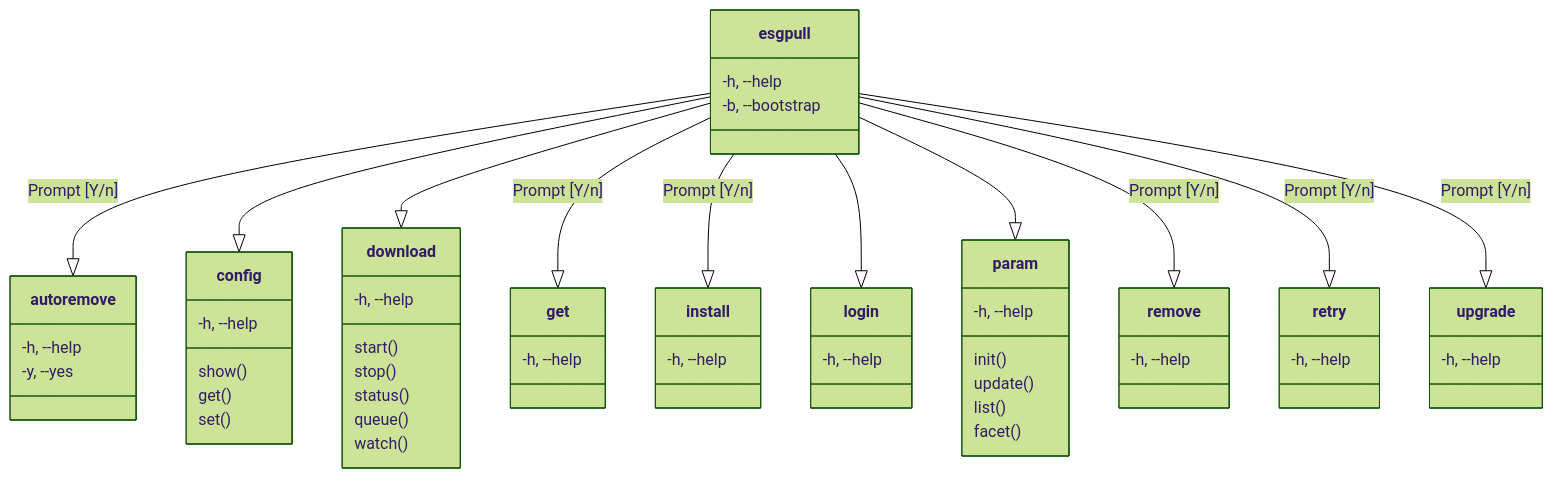
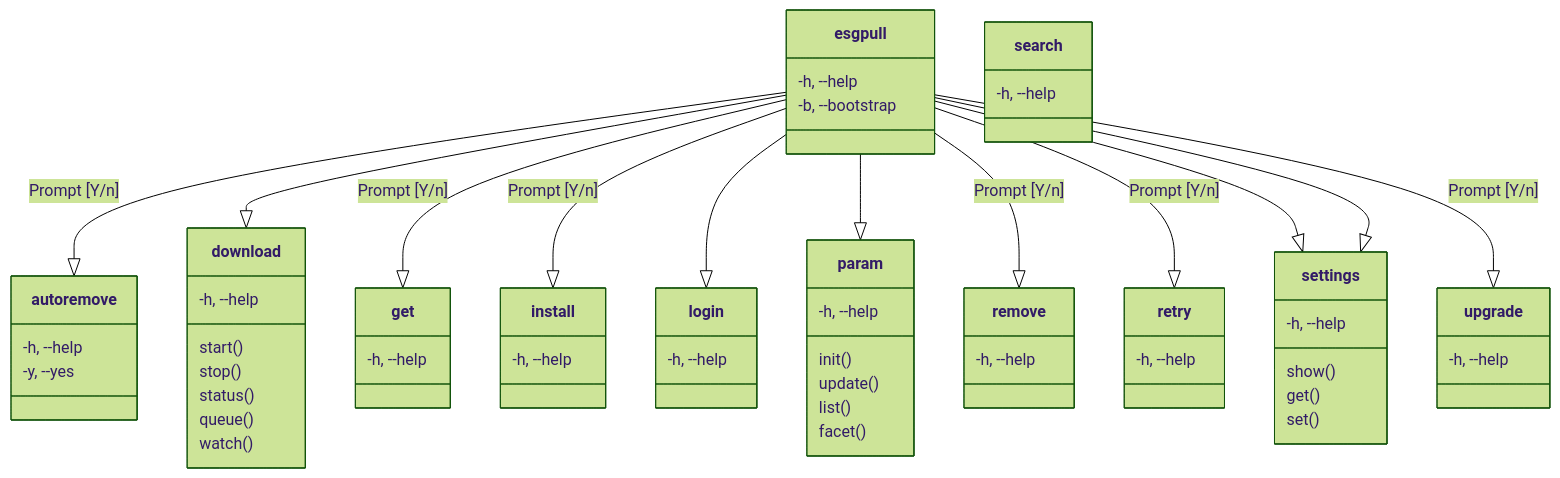
The diagram in README.md (ESGF/esgf-download), drawn with Mermaid (forest theme) before and after one commit. The commit also changed other lines of this file and 11 other files, not shown here.

First line of the commit message:
add settings.py, cli: config -> settings, better download

````diff
--- a/README.md
+++ b/README.md
@@ -48,70 +48,75 @@
 ```mermaid
 classDiagram
   class esgpull {
     -h, --help
     -b, --bootstrap
   }
 
   class autoremove {
     -h, --help
     -y, --yes
   }
   esgpull --|> autoremove: Prompt [Y/n]
   
-  class config {
-    -h, --help
-    show()
-    get()
-    set()
-  }
-  esgpull --|> config
-
   class download {
     -h, --help
     start()
     stop()
     status()
     queue()
     watch()
   }
   esgpull --|> download
 
   class get {
     -h, --help
   }
   esgpull --|> get: Prompt [Y/n]
 
   class install {
     -h, --help
   }
   esgpull --|> install: Prompt [Y/n]
 
   class login {
     -h, --help
   }
   esgpull --|> login
 
   class param {
     -h, --help
     init()
     update()
     list()
     facet()
   }
   esgpull --|> param
 
   class remove {
     -h, --help
   }
   esgpull --|> remove: Prompt [Y/n]
 
   class retry {
     -h, --help
   }
   esgpull --|> retry: Prompt [Y/n]
 
+  class search {
+    -h, --help
+  }
+  esgpull --|> settings
+
+  class settings {
+    -h, --help
+    show()
+    get()
+    set()
+  }
+  esgpull --|> settings
+
   class upgrade {
     -h, --help
   }
   esgpull --|> upgrade: Prompt [Y/n]
 ```
````
